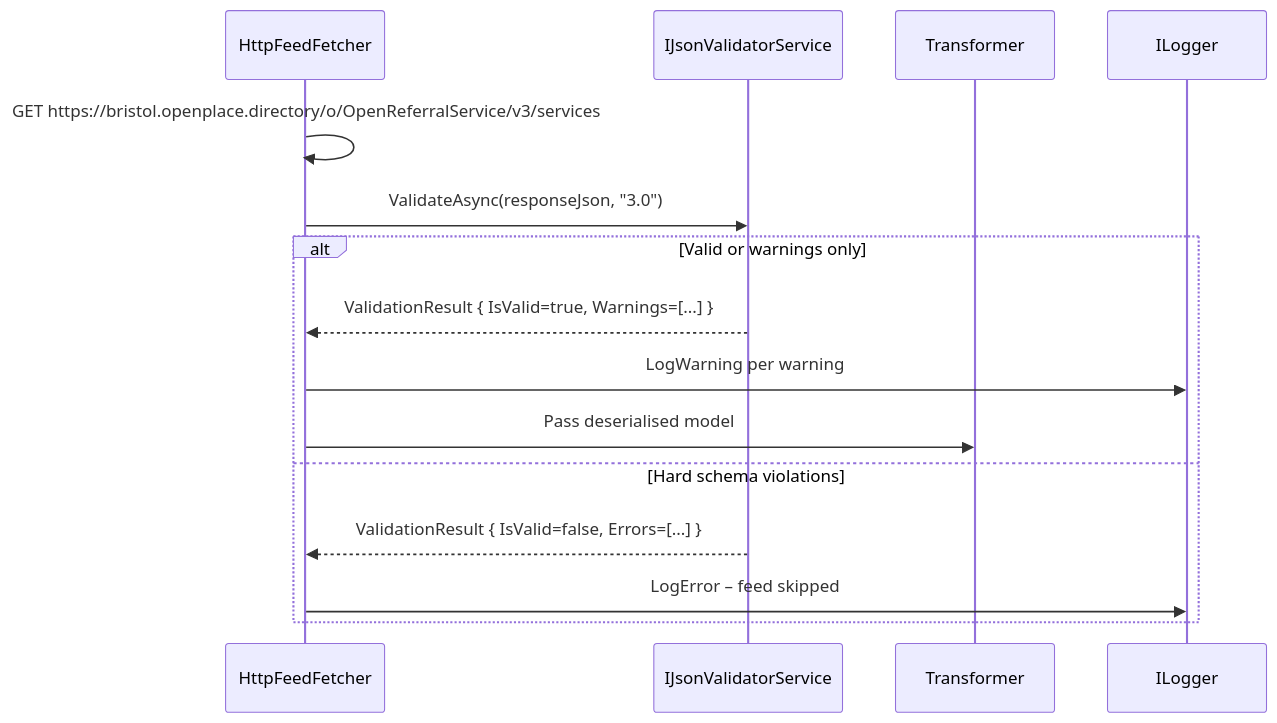
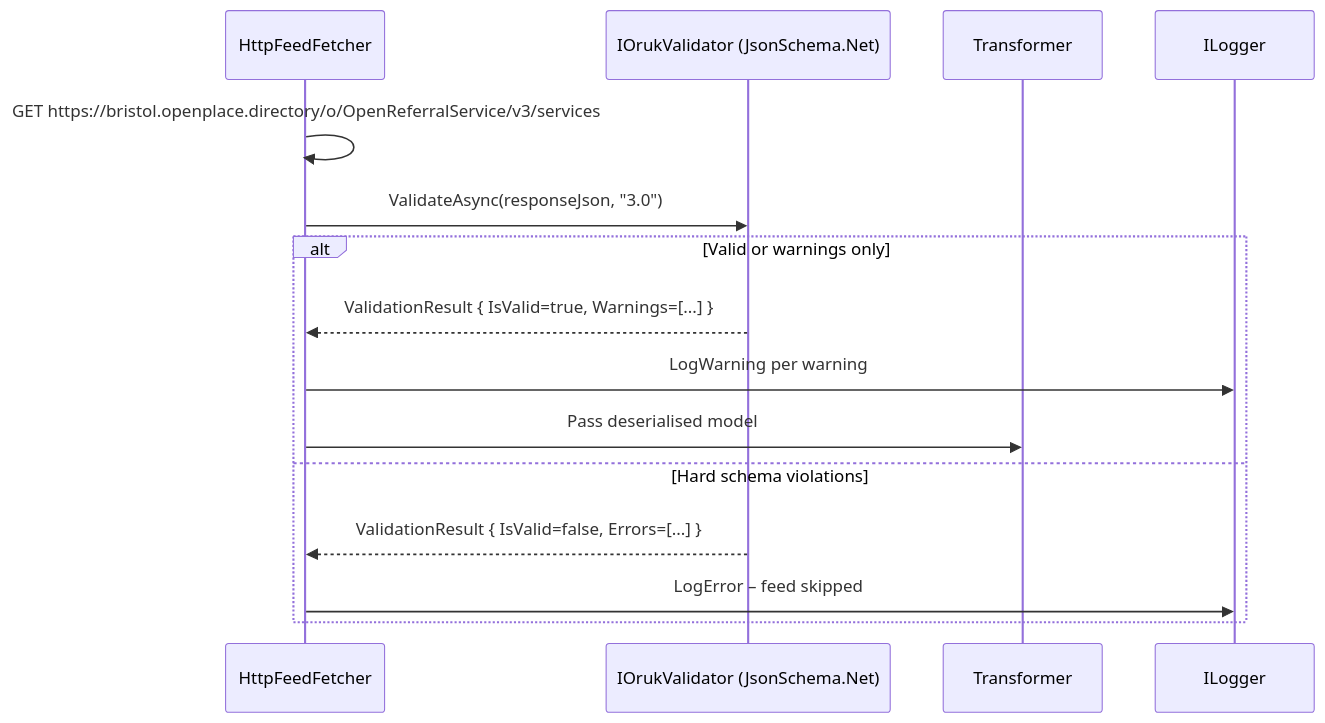
The sixth of 6 diagrams in plan/terminology.md (oughnic/ORUK-AlternativeRepresentations), drawn with Mermaid before and after one commit. The commit also changed other lines of this file and 2 other files, not shown here.

First line of the commit message:
Update to .NET 10 / C# 13; add ORUK aggregator endpoint; clarify no validator refactor policy

````diff
--- a/plan/terminology.md
+++ b/plan/terminology.md
@@ -436,18 +436,18 @@
 ```mermaid
 sequenceDiagram
     participant F as HttpFeedFetcher
-    participant V as IJsonValidatorService
+    participant V as IOrukValidator (JsonSchema.Net)
     participant T as Transformer
     participant L as ILogger
 
     F->>F: GET https://bristol.openplace.directory/o/OpenReferralService/v3/services
     F->>V: ValidateAsync(responseJson, "3.0")
     alt Valid or warnings only
         V-->>F: ValidationResult { IsValid=true, Warnings=[...] }
         F->>L: LogWarning per warning
         F->>T: Pass deserialised model
     else Hard schema violations
         V-->>F: ValidationResult { IsValid=false, Errors=[...] }
         F->>L: LogError – feed skipped
     end
 ```
````
